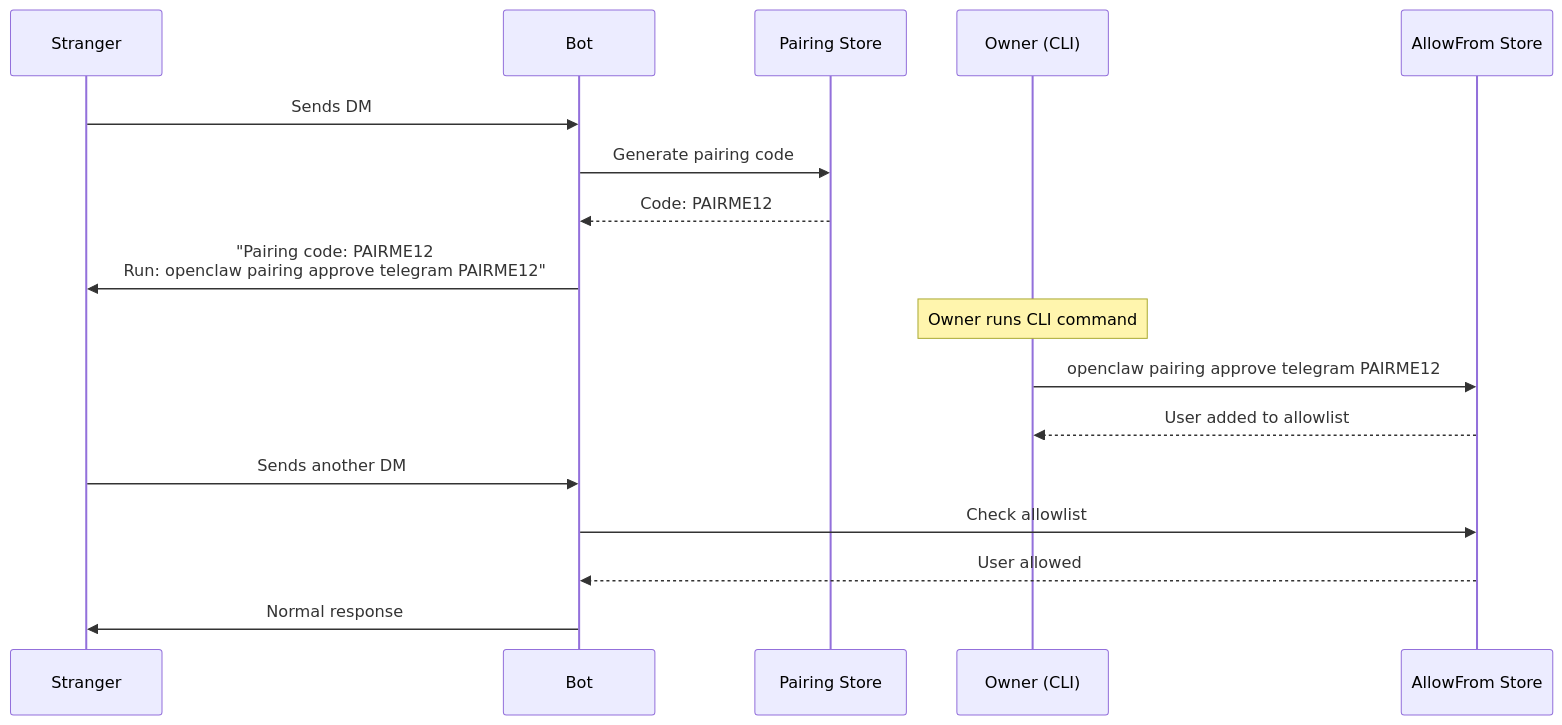
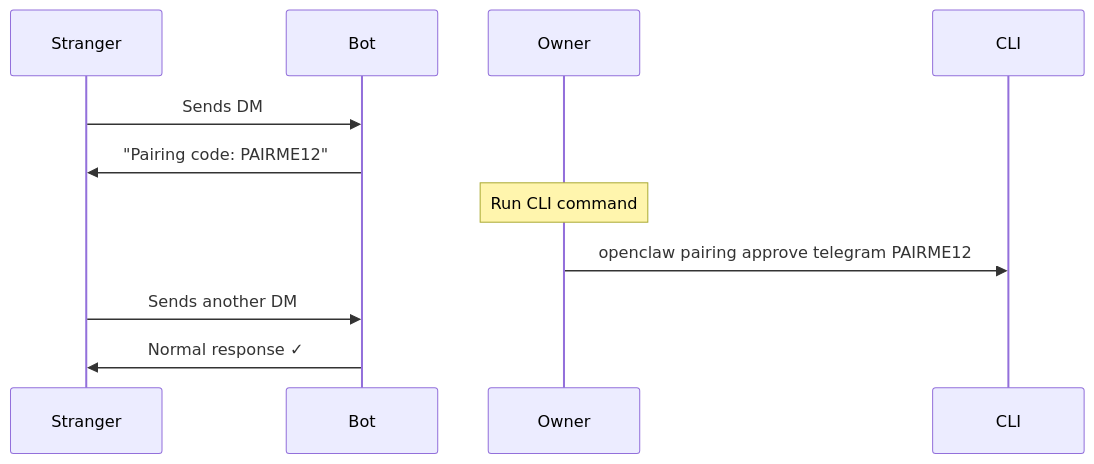
The fourth of 5 diagrams in architecture/components/session-management.md (Elarwei001/research_openclaw), drawn with Mermaid before and after one commit. The commit also changed other lines of this file and 1 other file, not shown here.

````diff
--- a/architecture/components/session-management.md
+++ b/architecture/components/session-management.md
@@ -1233,22 +648,9 @@
 ```mermaid
 sequenceDiagram
-    participant S as Stranger
-    participant B as Bot
-    participant P as Pairing Store
-    participant O as Owner (CLI)
-    participant A as AllowFrom Store
-    
-    S->>B: Sends DM
-    B->>P: Generate pairing code
-    P-->>B: Code: PAIRME12
-    B->>S: "Pairing code: PAIRME12<br/>Run: openclaw pairing approve telegram PAIRME12"
-    
-    Note over O: Owner runs CLI command
-    O->>A: openclaw pairing approve telegram PAIRME12
-    A-->>O: User added to allowlist
-    
-    S->>B: Sends another DM
-    B->>A: Check allowlist
-    A-->>B: User allowed
-    B->>S: Normal response
+    Stranger->>Bot: Sends DM
+    Bot->>Stranger: "Pairing code: PAIRME12"
+    Note over Owner: Run CLI command
+    Owner->>CLI: openclaw pairing approve telegram PAIRME12
+    Stranger->>Bot: Sends another DM
+    Bot->>Stranger: Normal response ✓
 ```
````
